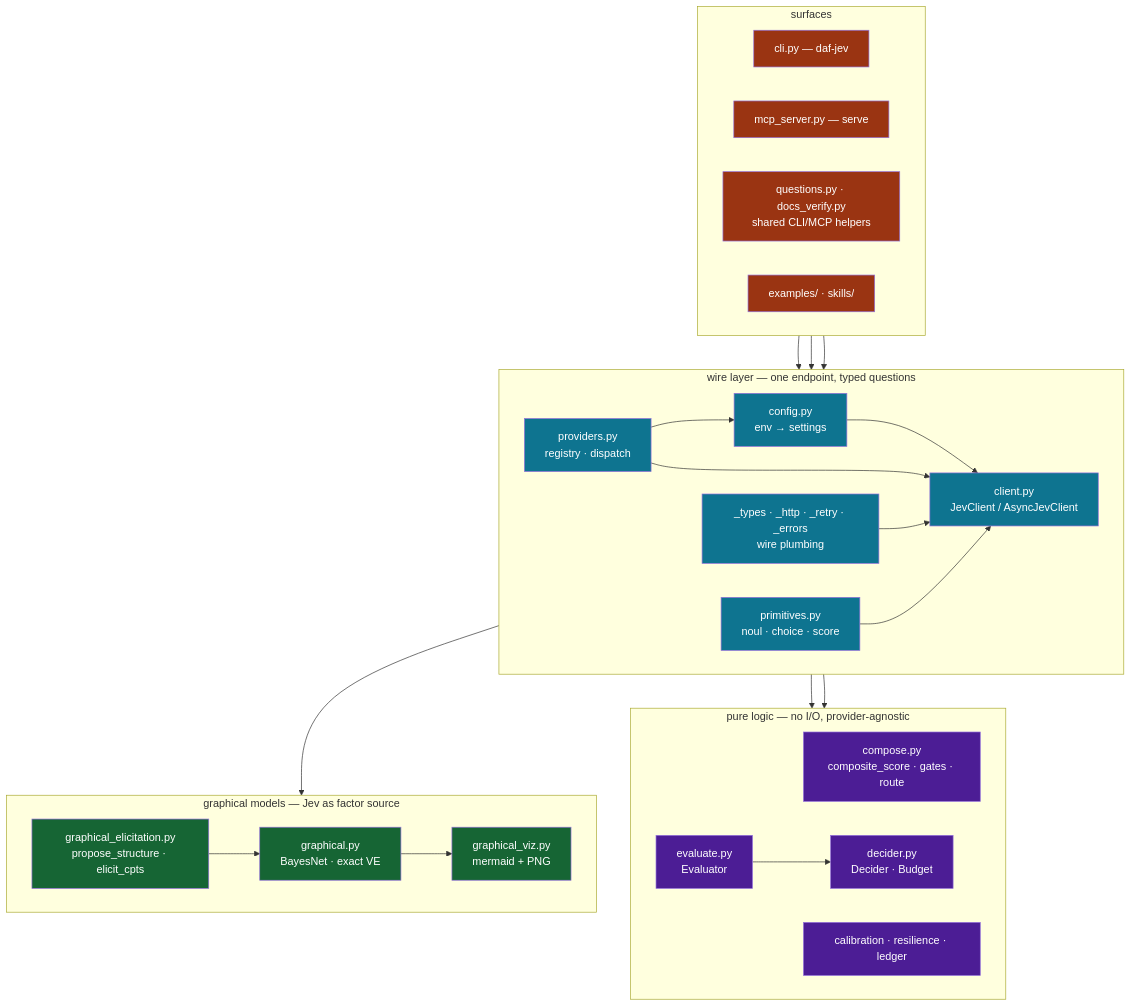
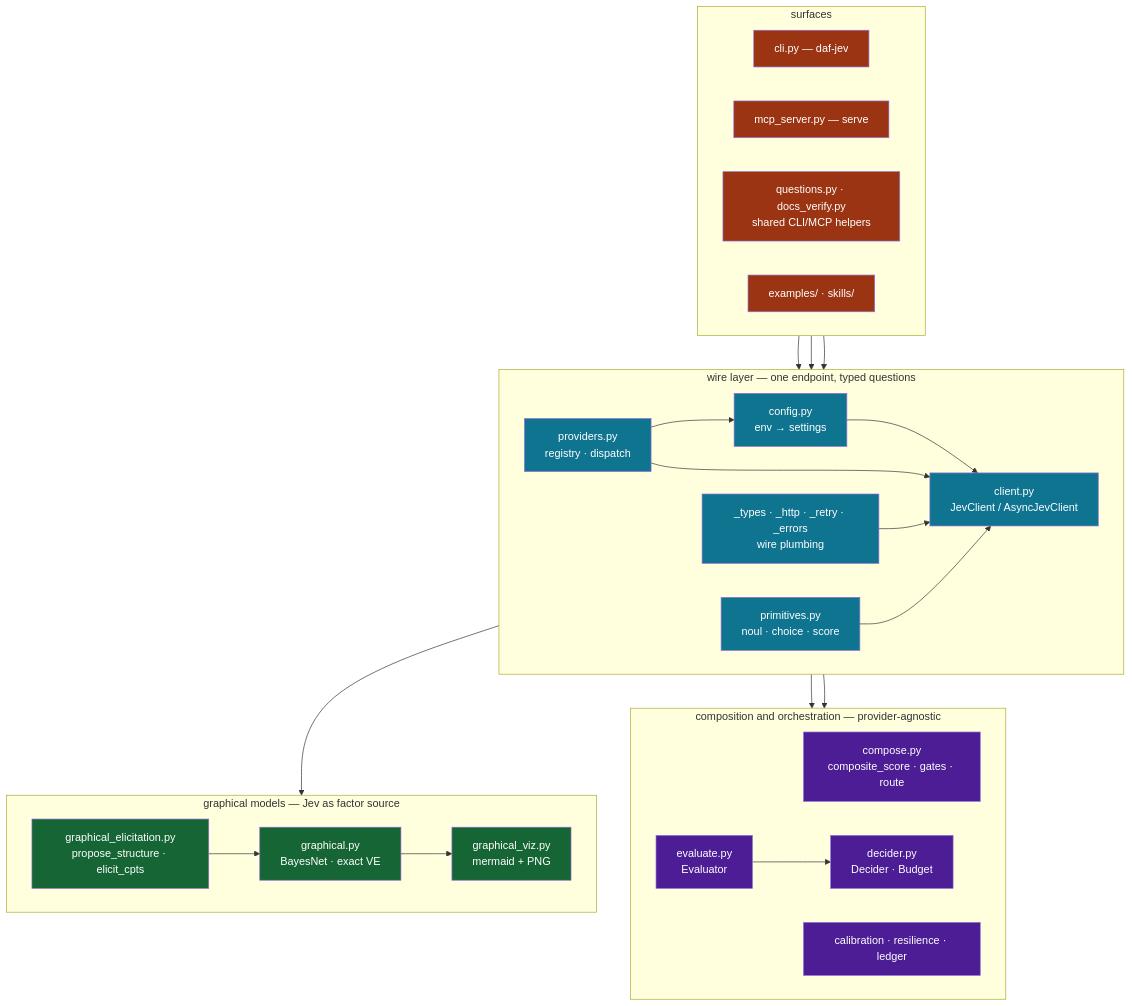
One commit to docxology/daf-jev changed the first of 5 diagrams in README.md. Above: the diagram before and after it, drawn with Mermaid. The commit also changed other lines of this file and 194 other files, not shown here.

````diff
--- a/README.md
+++ b/README.md
@@ -107,54 +111,54 @@
 ```mermaid
 flowchart TB
     subgraph wire["wire layer — one endpoint, typed questions"]
         direction LR
         PRV["primitives.py<br/>noul · choice · score"]
         PR["providers.py<br/>registry · dispatch"]
         CF["config.py<br/>env → settings"]
         CL["client.py<br/>JevClient / AsyncJevClient"]
         SUP["_types · _http · _retry · _errors<br/>wire plumbing"]
         PR --> CF
         CF --> CL
         PR --> CL
         SUP --> CL
     end
-    subgraph pure["pure logic — no I/O, provider-agnostic"]
+    subgraph pure["composition and orchestration — provider-agnostic"]
         direction LR
         CP["compose.py<br/>composite_score · gates · route"]
         EV["evaluate.py<br/>Evaluator"]
         DC["decider.py<br/>Decider · Budget"]
         CB["calibration · resilience · ledger"]
     end
     subgraph gfx["graphical models — Jev as factor source"]
         direction LR
         GE["graphical_elicitation.py<br/>propose_structure · elicit_cpts"]
         GA["graphical.py<br/>BayesNet · exact VE"]
         GV["graphical_viz.py<br/>mermaid + PNG"]
     end
     subgraph surf["surfaces"]
         direction LR
         CI["cli.py — daf-jev"]
         MC["mcp_server.py — serve"]
         QU["questions.py · docs_verify.py<br/>shared CLI/MCP helpers"]
         EX["examples/ · skills/"]
     end
     PRV --> CL
     CL --> CP
     CL --> EV
     EV --> DC
     CL --> GE
     GE --> GA
     GA --> GV
     CI --> CL
     MC --> CL
     EX --> CL
 
     classDef wire fill:#0e7490,color:#fff;
     classDef pure fill:#4c1d95,color:#fff;
     classDef gfx fill:#166534,color:#fff;
     classDef surf fill:#9a3412,color:#fff;
     class PR,CF,CL,SUP,PRV wire;
     class CP,EV,DC,CB pure;
     class GE,GA,GV gfx;
     class CI,MC,QU,EX surf;
 ```
````
